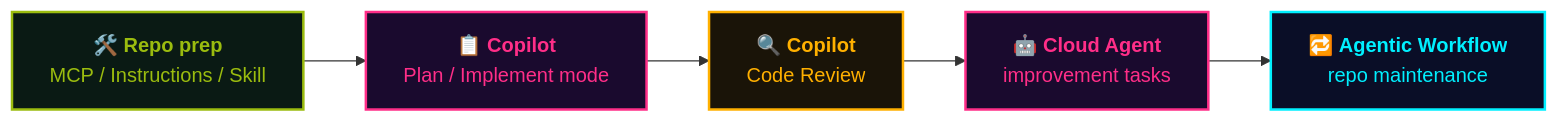
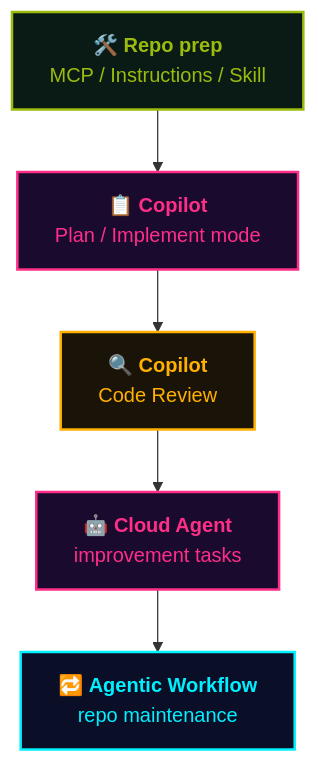
The diagram in src/content/playbook/en/hands-on.md (theomonfort/theomonfort), drawn with Mermaid before and after one commit. The commit also changed other lines of this file and 1 other file, not shown here.

First line of the commit message:
Workshop Flow: vertical layout, drop the table

````diff
--- a/src/content/playbook/en/hands-on.md
+++ b/src/content/playbook/en/hands-on.md
@@ -48,19 +48,19 @@
 ```mermaid
-flowchart LR
+flowchart TB
   Prep["🛠️ <b>Repo prep</b><br/>MCP / Instructions / Skill"]
   Plan["📋 <b>Copilot</b><br/>Plan / Implement mode"]
   Review["🔍 <b>Copilot</b><br/>Code Review"]
   Improve["🤖 <b>Cloud Agent</b><br/>improvement tasks"]
   Maint["🔁 <b>Agentic Workflow</b><br/>repo maintenance"]
 
   Prep --> Plan --> Review --> Improve --> Maint
 
   classDef prep fill:#0a1a14,stroke:#9bbc0f,color:#9bbc0f,stroke-width:2px
   classDef dev  fill:#1a0a2e,stroke:#ff2e88,color:#ff2e88,stroke-width:2px
   classDef rev  fill:#1a1408,stroke:#ffb000,color:#ffb000,stroke-width:2px
   classDef ops  fill:#0a0e27,stroke:#00f0ff,color:#00f0ff,stroke-width:2px
   class Prep prep
   class Plan,Improve dev
   class Review rev
   class Maint ops
 ```
````
